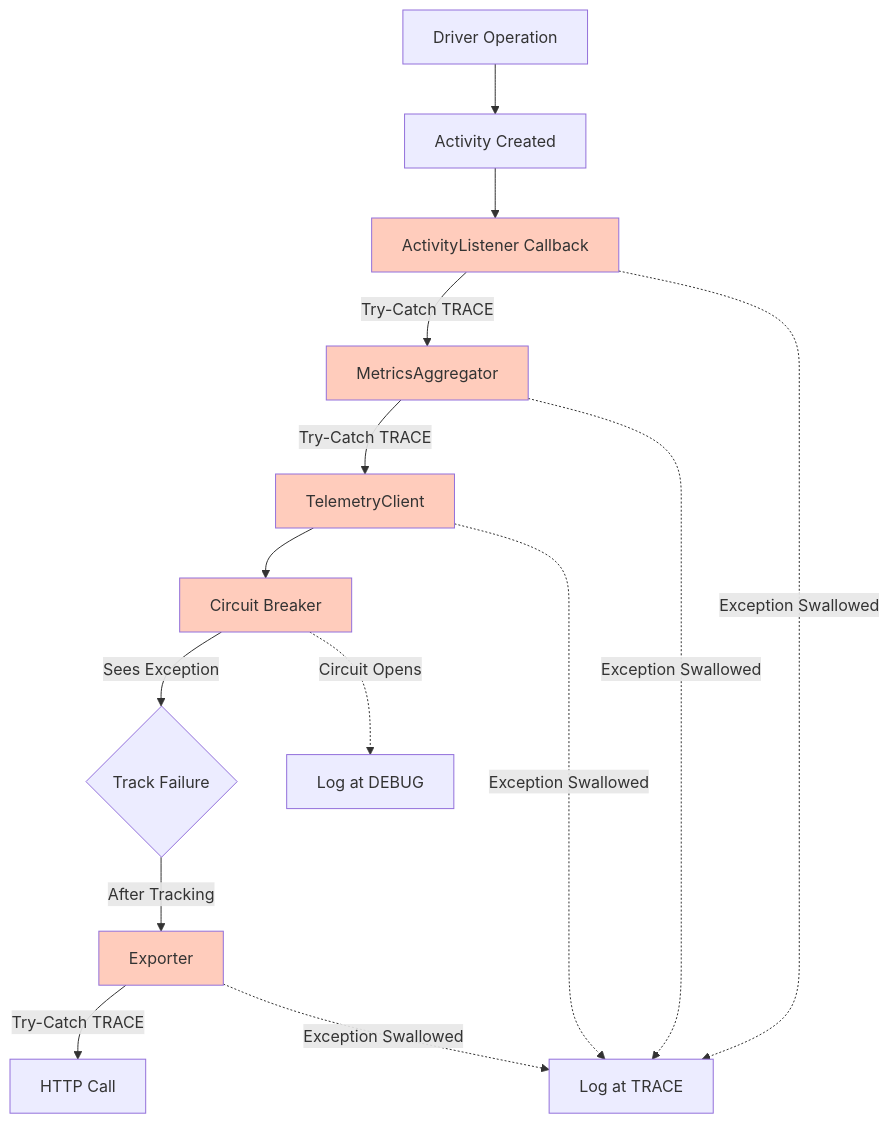
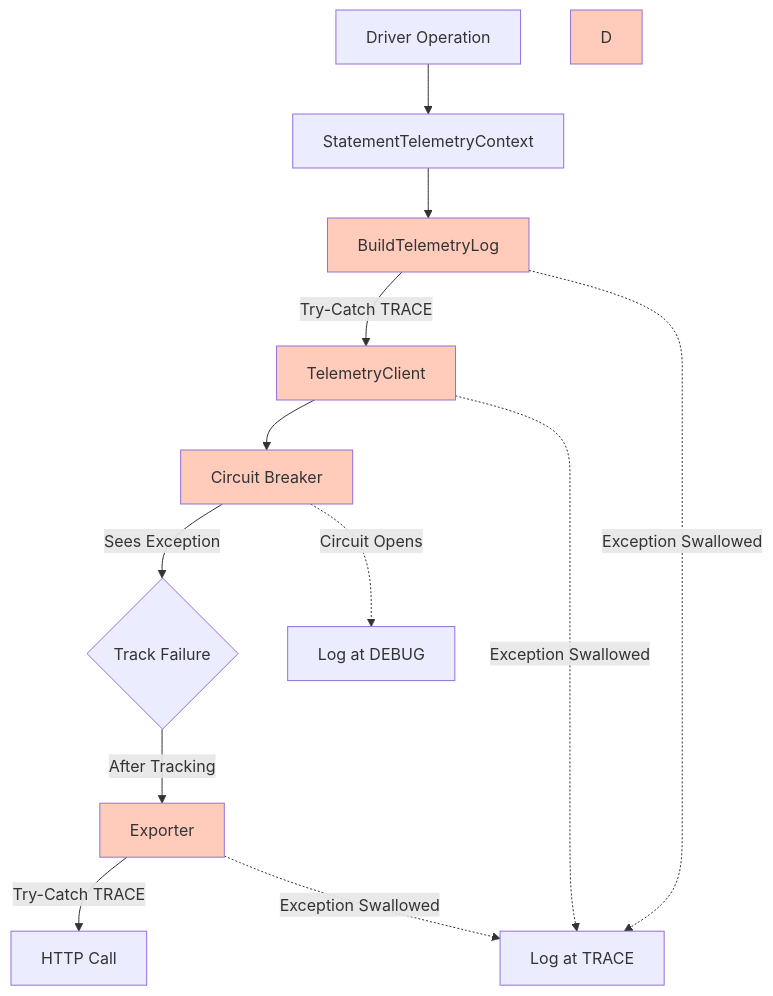
One commit to adbc-drivers/databricks changed diagram 17 of 18 in csharp/doc/telemetry-design.md. Above: the diagram before and after it, drawn with Mermaid. The commit also changed other lines of this file and 3 other files, not shown here.

````diff
--- a/csharp/doc/telemetry-design.md
+++ b/csharp/doc/telemetry-design.md
@@ -1577,23 +1929,21 @@
 ```mermaid
 graph TD
-    A[Driver Operation] --> B[Activity Created]
-    B --> C[ActivityListener Callback]
-    C -->|Try-Catch TRACE| D[MetricsAggregator]
-    D -->|Try-Catch TRACE| E[TelemetryClient]
+    A[Driver Operation] --> B[StatementTelemetryContext]
+    B --> C[BuildTelemetryLog]
+    C -->|Try-Catch TRACE| E[TelemetryClient]
     E --> F[Circuit Breaker]
     F -->|Sees Exception| G{Track Failure}
     G -->|After Tracking| H[Exporter]
     H -->|Try-Catch TRACE| I[HTTP Call]
 
     C -.->|Exception Swallowed| J[Log at TRACE]
-    D -.->|Exception Swallowed| J
     E -.->|Exception Swallowed| J
     F -.->|Circuit Opens| K[Log at DEBUG]
     H -.->|Exception Swallowed| J
 
     style C fill:#ffccbc
     style D fill:#ffccbc
     style E fill:#ffccbc
     style F fill:#ffccbc
     style H fill:#ffccbc
 ```
````
